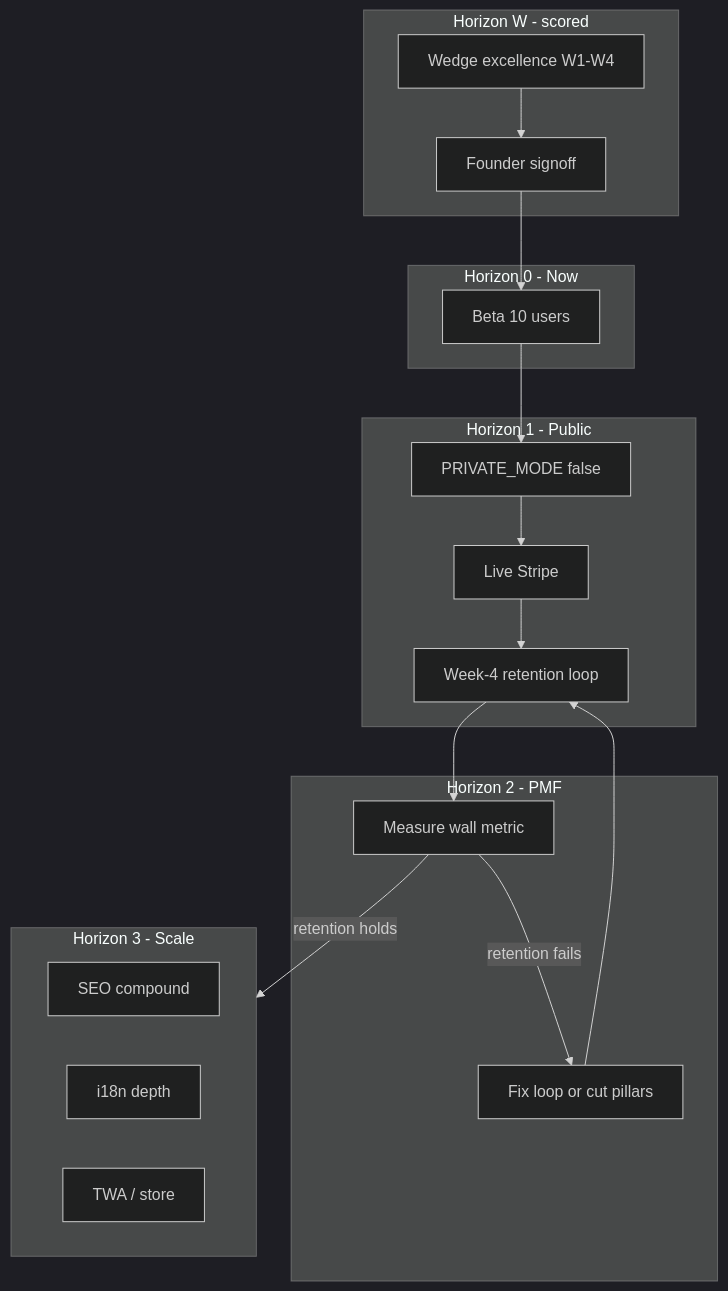
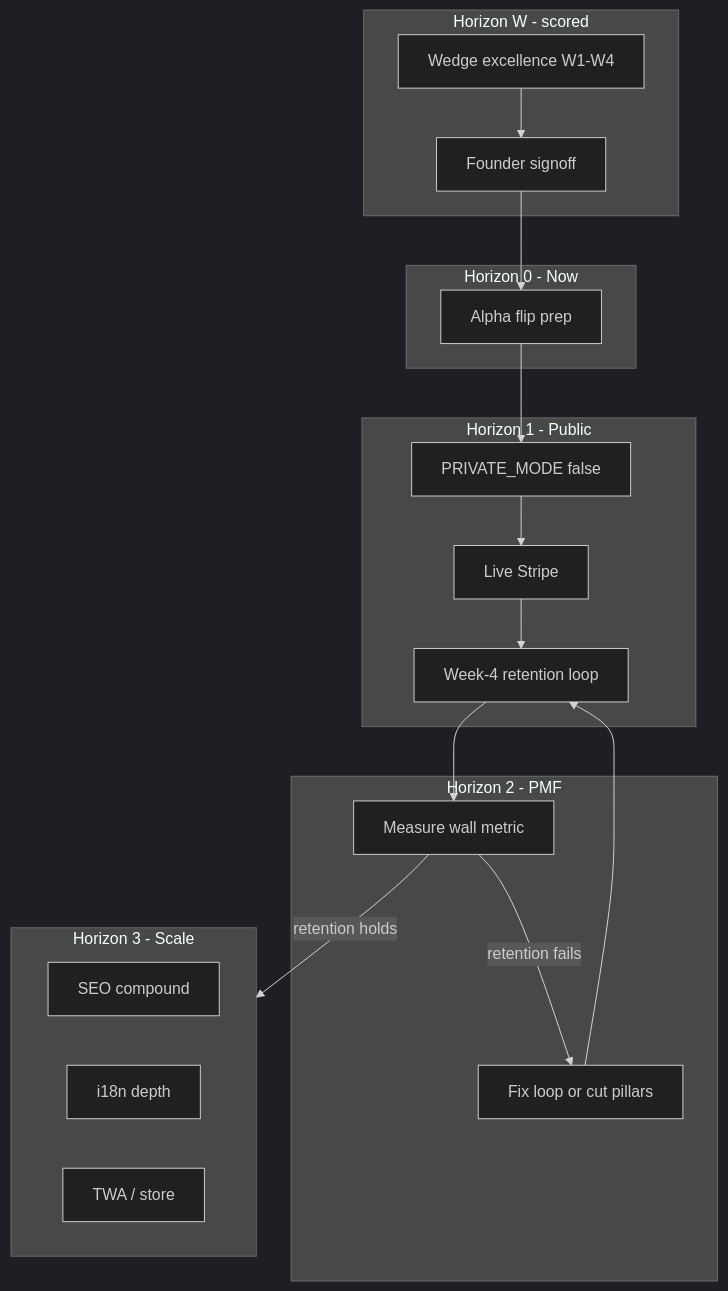
One commit to Snedz/missionwinning changed the diagram in ORCHESTRATION.md. Above: the diagram before and after it, drawn with Mermaid (dark theme). The commit also changed other lines of this file and 31 other files, not shown here.

First line of the commit message:
Alpha 0.1.0 standing: no free-beta program, nav says Alpha (.883)

````diff
--- a/ORCHESTRATION.md
+++ b/ORCHESTRATION.md
@@ -66,28 +66,28 @@
 ```mermaid
 flowchart TB
   subgraph HW [Horizon W - scored]
     W[Wedge excellence W1-W4]
     S[Founder signoff]
   end
   subgraph H0 [Horizon 0 - Now]
-    B[Beta 10 users]
+    B[Alpha flip prep]
   end
   subgraph H1 [Horizon 1 - Public]
     P[PRIVATE_MODE false]
     S2[Live Stripe]
     R[Week-4 retention loop]
   end
   subgraph H2 [Horizon 2 - PMF]
     M[Measure wall metric]
     F[Fix loop or cut pillars]
   end
   subgraph H3 [Horizon 3 - Scale]
     SEO[SEO compound]
     I18N[i18n depth]
     TWA[TWA / store]
   end
   W --> S --> B --> P --> S2 --> R --> M
   M -->|retention holds| H3
   M -->|retention fails| F
   F --> R
 ```
````
